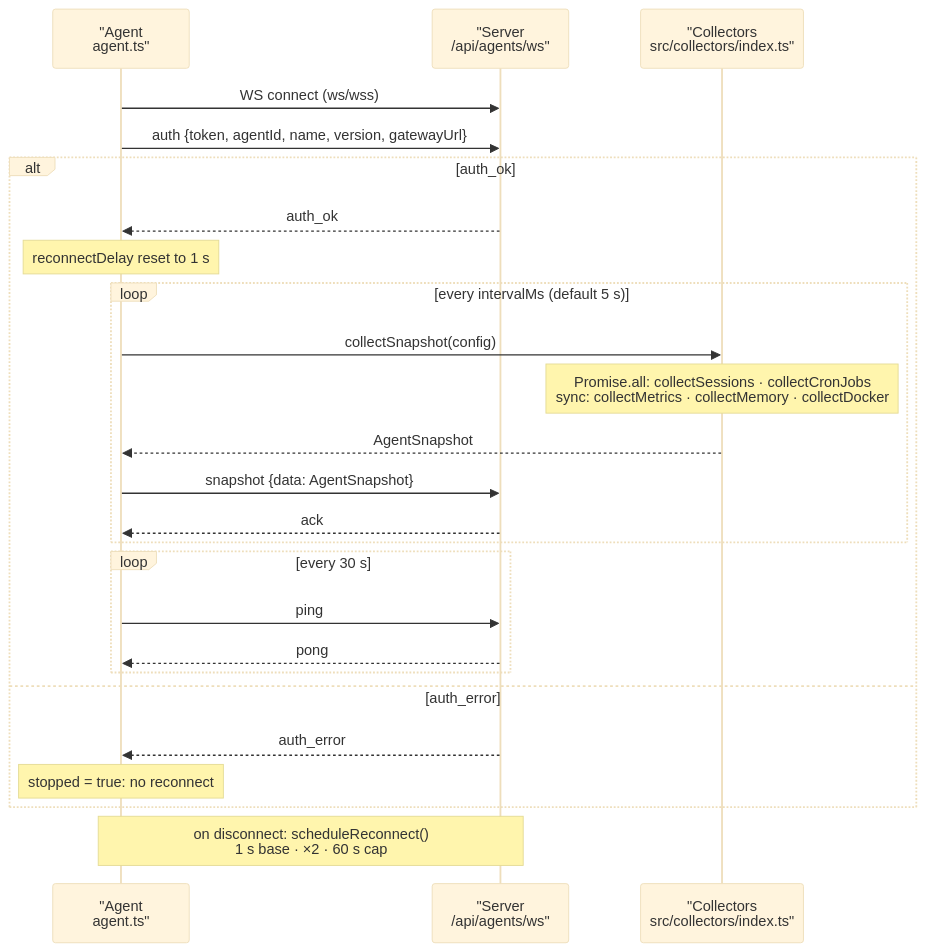
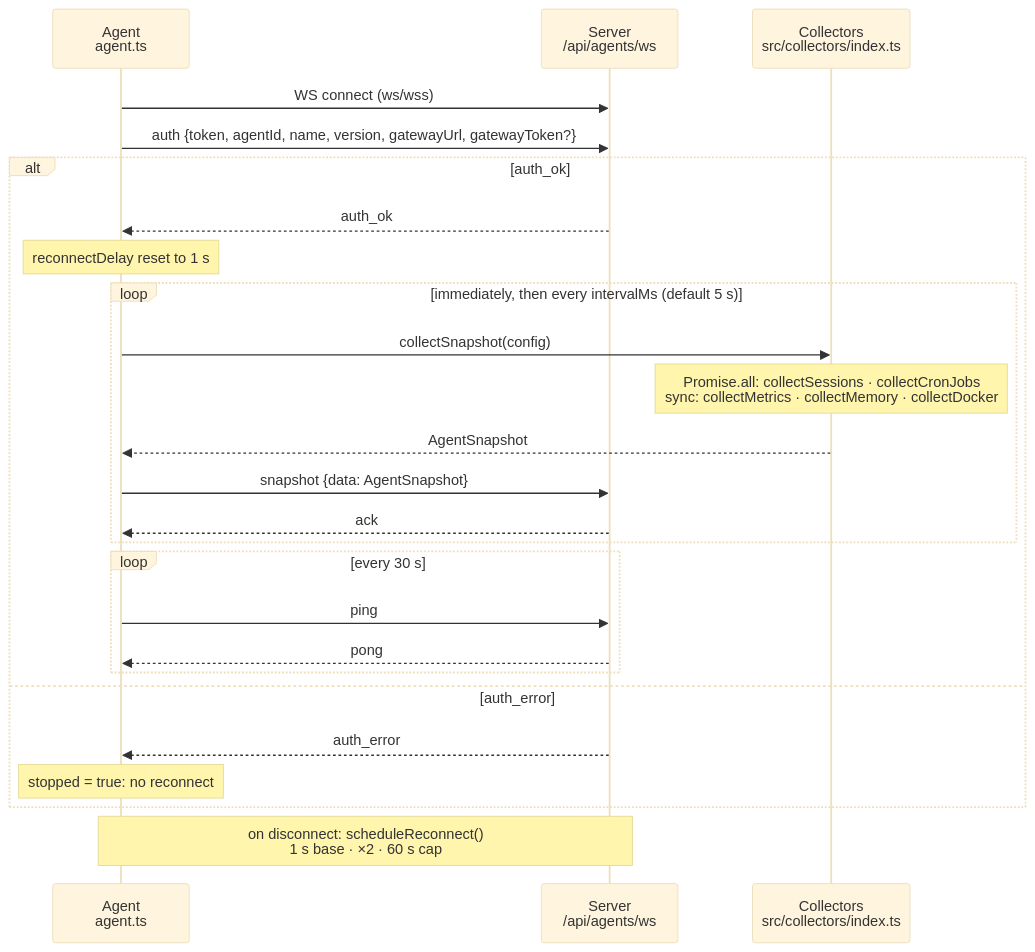
The diagram in docs/protocol.md (LanNguyenSi/clawd-monitor-agent), drawn with Mermaid (base theme) before and after one commit. The commit also changed other lines of this file and 6 other files, not shown here.

````diff
--- a/docs/protocol.md
+++ b/docs/protocol.md
@@ -22,30 +29,30 @@
 ```mermaid
 sequenceDiagram
-    participant A as "Agent<br/>agent.ts"
-    participant S as "Server<br/>/api/agents/ws"
-    participant C as "Collectors<br/>src/collectors/index.ts"
+    participant A as Agent<br/>agent.ts
+    participant S as Server<br/>/api/agents/ws
+    participant C as Collectors<br/>src/collectors/index.ts
 
     A->>S: WS connect (ws/wss)
-    A->>S: auth {token, agentId, name, version, gatewayUrl}
+    A->>S: auth {token, agentId, name, version, gatewayUrl, gatewayToken?}
 
     alt auth_ok
         S-->>A: auth_ok
         Note over A: reconnectDelay reset to 1 s
-        loop every intervalMs (default 5 s)
+        loop immediately, then every intervalMs (default 5 s)
             A->>C: collectSnapshot(config)
             Note over C: Promise.all: collectSessions · collectCronJobs<br/>sync: collectMetrics · collectMemory · collectDocker
             C-->>A: AgentSnapshot
             A->>S: snapshot {data: AgentSnapshot}
             S-->>A: ack
         end
         loop every 30 s
             A->>S: ping
             S-->>A: pong
         end
     else auth_error
         S-->>A: auth_error
         Note over A: stopped = true: no reconnect
     end
 
     Note over A,S: on disconnect: scheduleReconnect()<br/>1 s base · ×2 · 60 s cap
 ```
````
